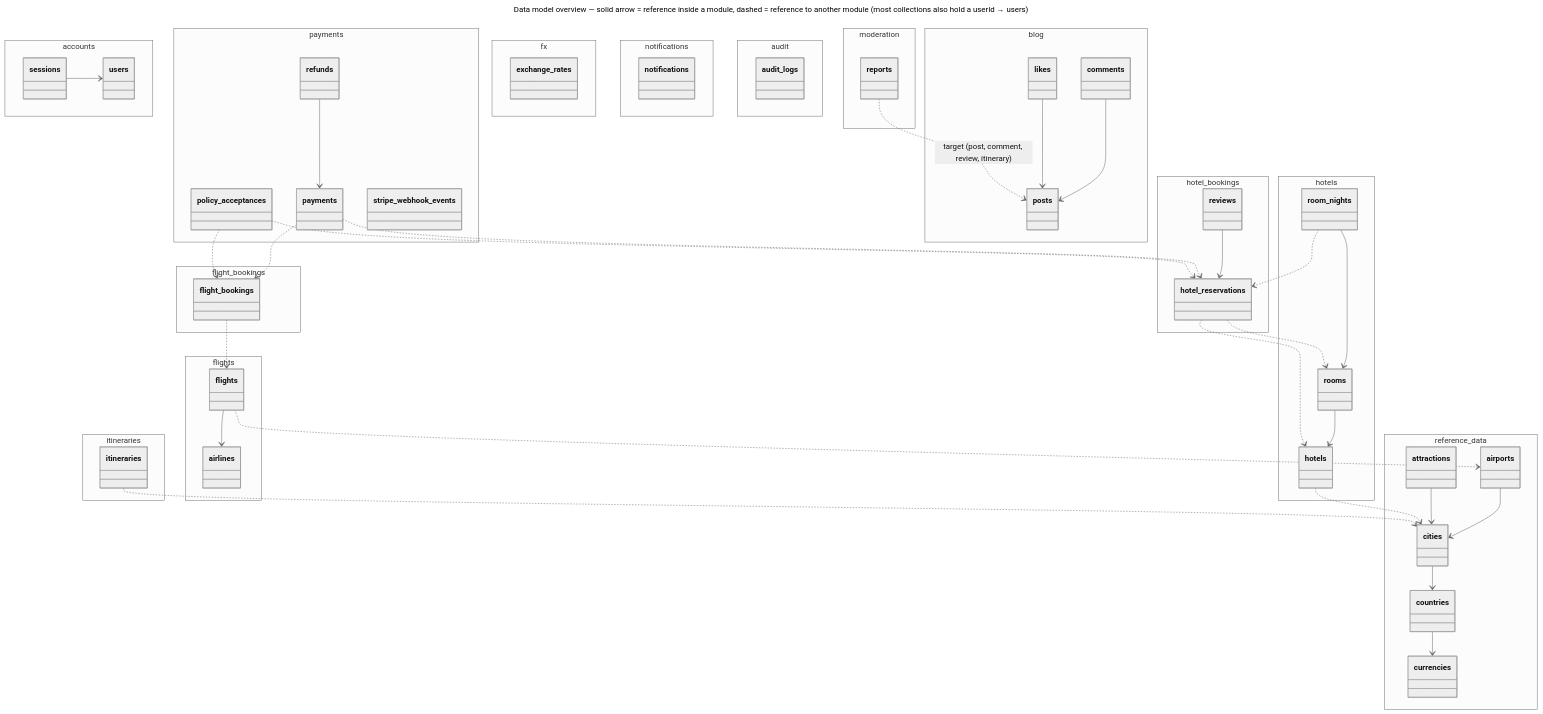
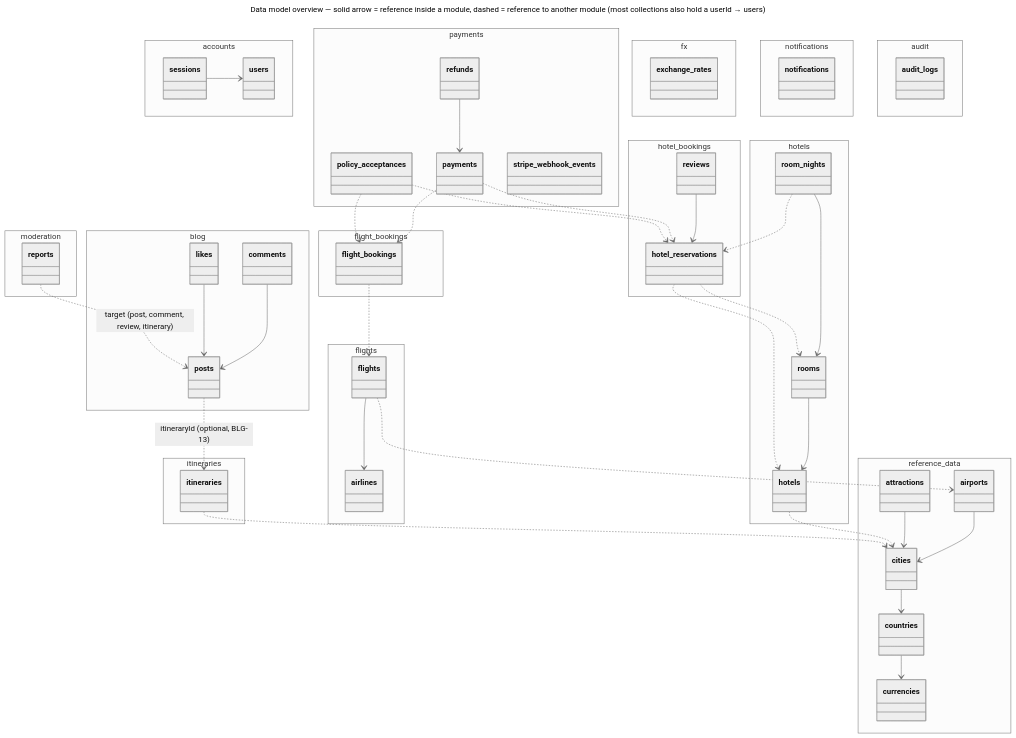
The diagram in docs/database/diagrams/00-overview.mmd (Host173/Man2o4ah), drawn with Mermaid (neutral theme) before and after one commit. The commit also changed 8 other files, not shown here.

First line of the commit message:
feat(blog): prepare itinerary attachment schema (BLG-13)

```diff
--- a/docs/database/diagrams/00-overview.mmd
+++ b/docs/database/diagrams/00-overview.mmd
@@ -1,83 +1,84 @@
 ---
 title: "Data model overview — solid arrow = reference inside a module, dashed = reference to another module (most collections also hold a userId → users)"
 ---
 classDiagram
   direction TB
   namespace reference_data {
     class countries
     class cities
     class airports
     class attractions
     class currencies
   }
   namespace accounts {
     class users
     class sessions
   }
   namespace flights {
     class airlines
     class flights_["flights"]
   }
   namespace flight_bookings {
     class flight_bookings_["flight_bookings"]
   }
   namespace hotels {
     class hotels_["hotels"]
     class rooms
     class room_nights
   }
   namespace hotel_bookings {
     class hotel_reservations
     class reviews
   }
   namespace payments {
     class payments_["payments"]
     class refunds
     class policy_acceptances
     class stripe_webhook_events
   }
   namespace itineraries {
     class itineraries_["itineraries"]
   }
   namespace fx {
     class exchange_rates
   }
   namespace blog {
     class posts
     class comments
     class likes
   }
   namespace moderation {
     class reports
   }
   namespace notifications {
     class notifications_["notifications"]
   }
   namespace audit {
     class audit_logs
   }
 
   cities --> countries
   airports --> cities
   attractions --> cities
   countries --> currencies
   sessions --> users
   flights_ --> airlines
   flights_ ..> airports
   rooms --> hotels_
   room_nights --> rooms
   room_nights ..> hotel_reservations
   hotels_ ..> cities
   flight_bookings_ ..> flights_
   hotel_reservations ..> hotels_
   hotel_reservations ..> rooms
   reviews --> hotel_reservations
   payments_ ..> flight_bookings_
   payments_ ..> hotel_reservations
   refunds --> payments_
   policy_acceptances ..> flight_bookings_
   policy_acceptances ..> hotel_reservations
   itineraries_ ..> cities
+  posts ..> itineraries_ : itineraryId (optional, BLG-13)
   comments --> posts
   likes --> posts
   reports ..> posts : target (post, comment, review, itinerary)
```
